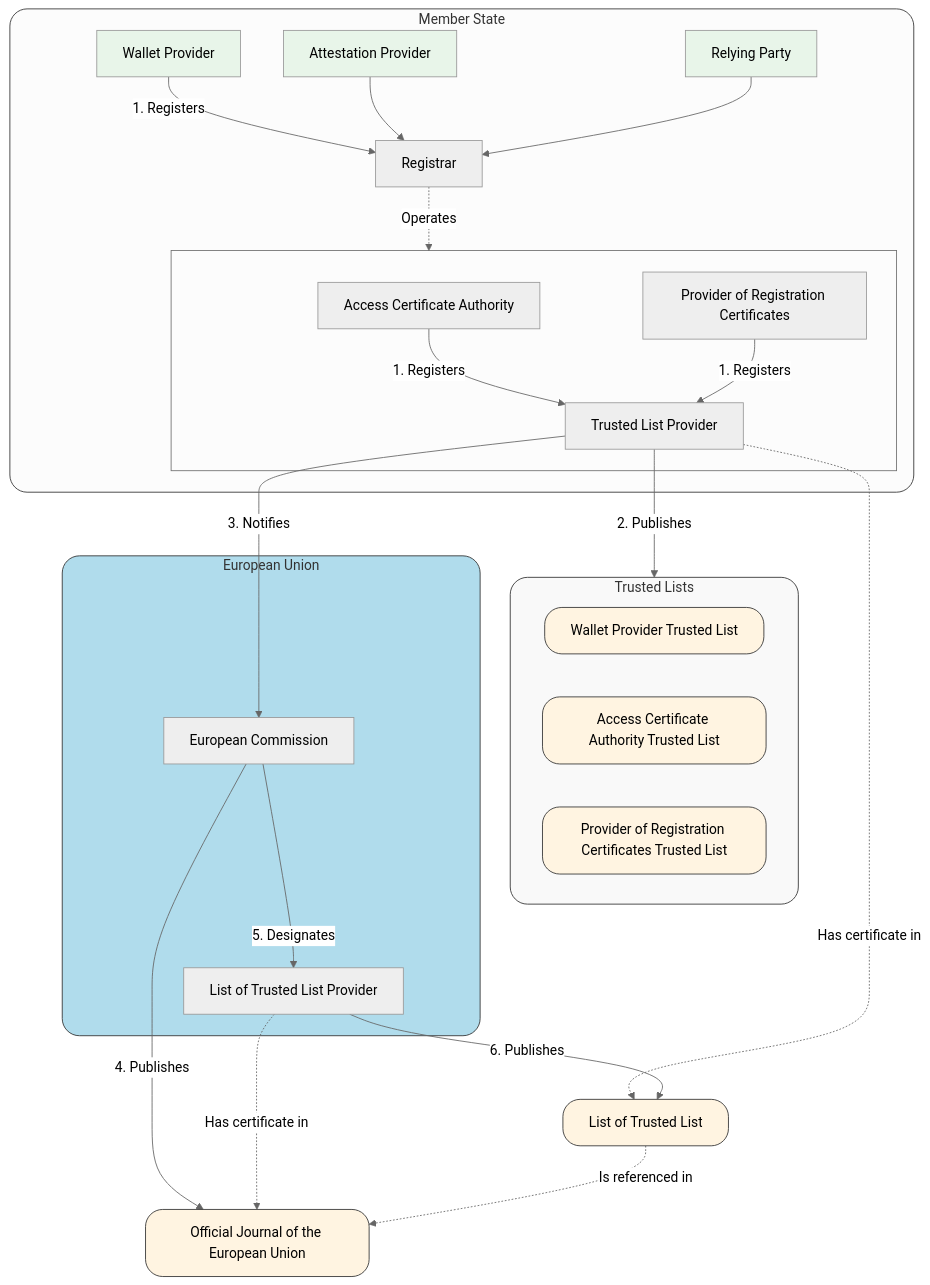
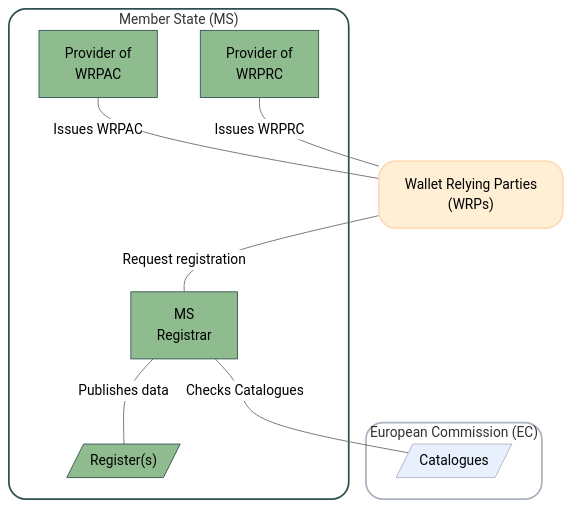
The second of 4 diagrams in topics/trust-architecture.md (APTITUDE-Consortium/wp2-trust-specifications), drawn with Mermaid (neutral theme) before and after one commit. The commit also changed other lines of this file and 1 other file, not shown here.

````diff
--- a/topics/trust-architecture.md
+++ b/topics/trust-architecture.md
@@ -111,62 +64,34 @@
-```mermaid
-graph TB
-    %% Participants
+    ```mermaid
+    graph TD
 
-    subgraph MS["Member State"]
-        AP["Attestation Provider"]
-        RP[Relying Party]
-        WP["Wallet Provider"]
-        Registrar
-        subgraph Child[" "]
-            ACA["Access Certificate Authority"]
-            RCP["Provider of Registration Certificates"]
-            MSTLSO["Trusted List Provider"]
-        end
+    WRP["Wallet Relying Parties <br/> (WRPs)"]
+
+    subgraph MS["Member State (MS)"]
+        MSReg[MS <br/>Registrar]
+        ProvAC[Provider of <br/>WRPAC]
+        ProvRC[Provider of <br/>WRPRC]
+        Reg[/"Register(s)"/]
+        MSReg---|"Publishes data"| Reg
     end
 
-
-    subgraph TL["Trusted Lists"]
-        WPTL[Wallet Provider Trusted List]
-        ACATL[Access Certificate Authority Trusted List]
-        RCPTL[Provider of Registration Certificates Trusted List]
-    end
-    
-    subgraph eu["European Union"]
-        EC["European Commission"]
-        LoTLSO["List of Trusted List Provider"]
+    subgraph EC["European Commission (EC)"]
+        Cat[/Catalogues/]
     end
 
-    LoTL["List of Trusted List"]
-    OJEU["Official Journal of the European Union"]
+    %% Style
+    style WRP fill:#ffefd5, stroke:#ffdab9,stroke-width:2px,rx:20,ry:20
+    style MS fill:#ffff,stroke:#2f4f4f,stroke-width:2px,rx:20,ry:20
+    style EC fill:#ffff,stroke:#abb2bf,stroke-width:2px,rx:20,ry:20
+    classDef blue fill:#e8f0fe,stroke:#abb2bf
+    classDef green fill:#8fbc8f,stroke:#2f4f4f
 
-    %% --- Styles ---
+    class QEAAP,PIDP,PubP,EAAP,RP,RPI WRP_entities;
+    class ECLoTE,ECNS,Cat,LoTEs blue;
+    class MSReg,ProvAC,ProvRC,TLs,Reg green;
 
-    style eu fill:#b0dcec,stroke:#333,stroke-width:1px,rx:20,ry:20
-    style MS stroke:#333,stroke-width:1px,rx:20,ry:20
-    style TL fill:#f9f9f9,stroke:#333,stroke-width:1px,rx:20,ry:20
-    style WPTL fill:#fff4e1,stroke:#333,stroke-width:1px,rx:20,ry:20
-    style ACATL fill:#fff4e1,stroke:#333,stroke-width:1px,rx:20,ry:20
-    style RCPTL fill:#fff4e1,stroke:#333,stroke-width:1px,rx:20,ry:20
-    style OJEU fill:#fff4e1,stroke:#333,stroke-width:1px,rx:20,ry:20
-    style LoTL fill:#fff4e1,stroke:#333,stroke-width:1px,rx:20,ry:20
-    style WP fill:#e8f5e9
-    style AP fill:#e8f5e9
-    style RP fill:#e8f5e9
-
-    %% --- Connections ---
-
-    WP -->|1. Registers| Registrar
-    AP --> Registrar
-    RP --> Registrar
-    Registrar -.->|Operates| Child
-    ACA -->|1. Registers| MSTLSO
-    RCP -->|1. Registers| MSTLSO
-    MSTLSO -->|2. Publishes| TL
-    MSTLSO -->|3. Notifies| EC
-    MSTLSO -.->|Has certificate in| LoTL
-    EC --> |4. Publishes| OJEU
-    EC -->|5. Designates| LoTLSO
-    LoTLSO -->|6. Publishes| LoTL
-    LoTLSO -.->|Has certificate in| OJEU 
-    LoTL -.->|Is referenced in| OJEU 
-```
+    %% Arrows
+    WRP ---|"Request registration"| MSReg
+    ProvAC ---|"Issues WRPAC"| WRP
+    ProvRC ---|"Issues WRPRC"| WRP
+    MSReg ---|"Checks Catalogues"| Cat
+    ```
````
